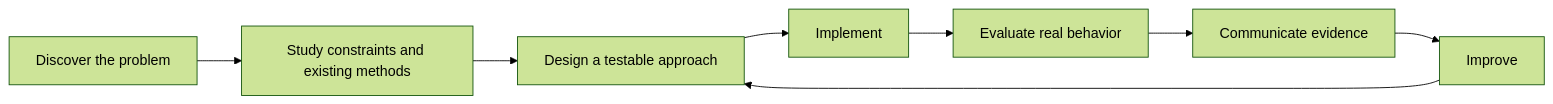
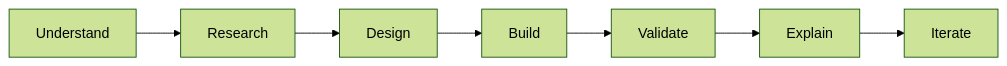
The diagram in README.md (1stsimplifycode/1stsimplifycode), drawn with Mermaid (forest theme) before and after one commit. The commit also changed other lines of this file, not shown here.

````diff
--- a/README.md
+++ b/README.md
@@ -99,10 +128,9 @@
 ```mermaid
 flowchart LR
- A["Discover the problem"] --> B["Study constraints and existing methods"]
- B --> C["Design a testable approach"]
- C --> D["Implement"]
- D --> E["Evaluate real behavior"]
- E --> F["Communicate evidence"]
- F --> G["Improve"]
- G --> C
+  A["Understand"] --> B["Research"]
+  B --> C["Design"]
+  C --> D["Build"]
+  D --> E["Validate"]
+  E --> F["Explain"]
+  F --> G["Iterate"]
 ```
````
